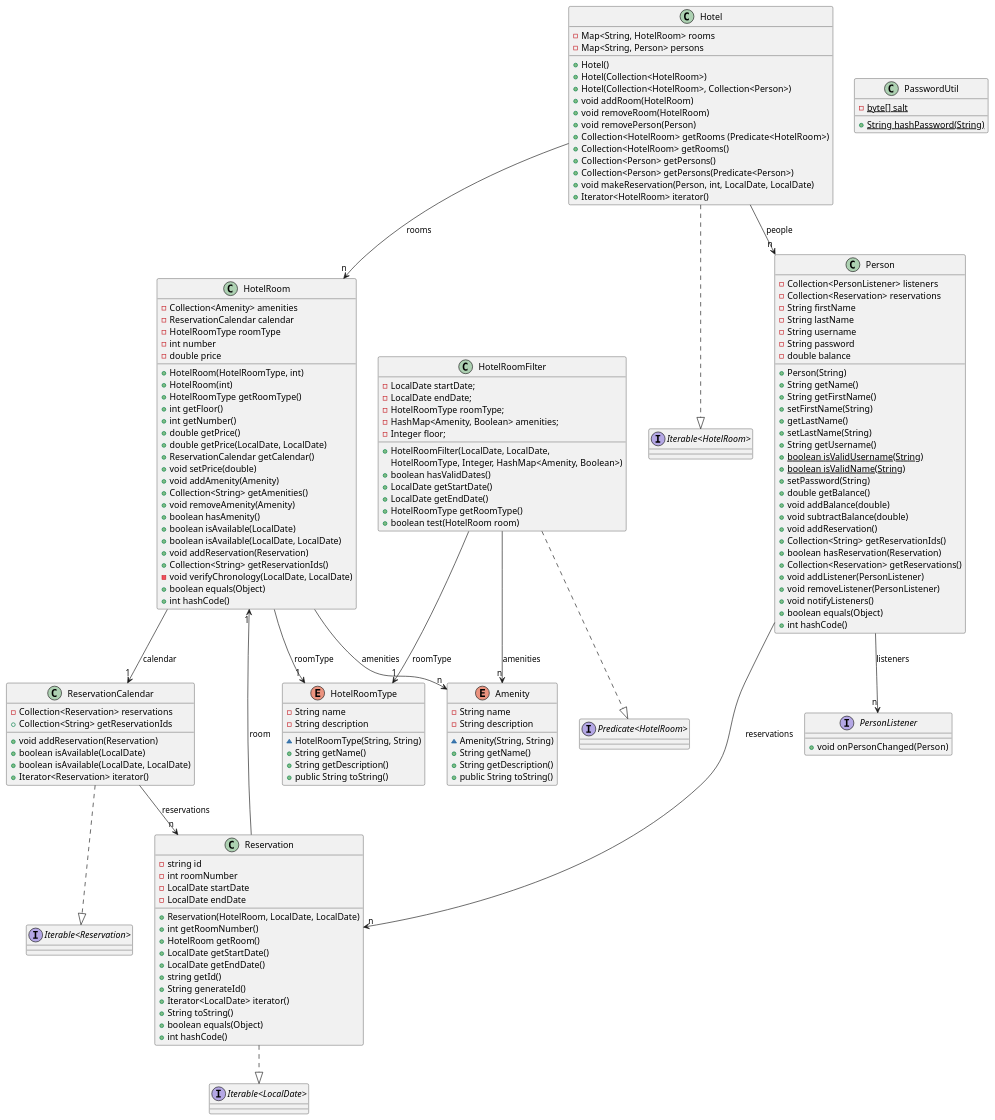
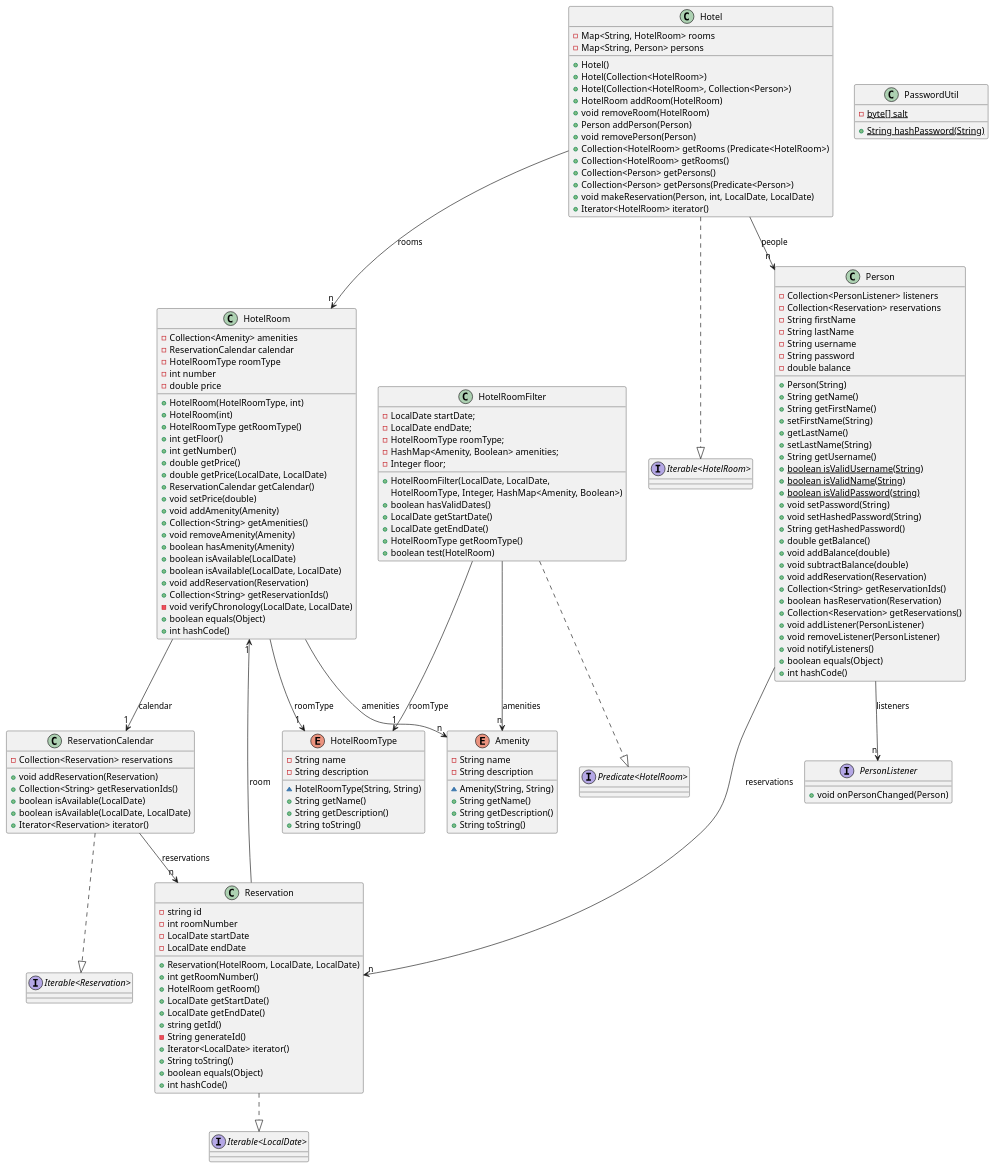
Before and after one commit to erlendps/IT1901---HotelSys: the diagram in docs/modules/core.md, drawn with PlantUML.

Commit message:
#143 update class diagram for core

```diff
--- a/docs/modules/core.md
+++ b/docs/modules/core.md
@@ -9,8 +9,9 @@
     + Hotel()
     + Hotel(Collection<HotelRoom>)
     + Hotel(Collection<HotelRoom>, Collection<Person>)
-    + void addRoom(HotelRoom)
+    + HotelRoom addRoom(HotelRoom)
     + void removeRoom(HotelRoom)
+    + Person addPerson(Person) 
     + void removePerson(Person)
     + Collection<HotelRoom> getRooms  (Predicate<HotelRoom>)
     + Collection<HotelRoom> getRooms()
@@ -39,7 +40,7 @@
     + void addAmenity(Amenity)
     + Collection<String> getAmenities()
     + void removeAmenity(Amenity)
-    + boolean hasAmenity()
+    + boolean hasAmenity(Amenity)
     + boolean isAvailable(LocalDate)
     + boolean isAvailable(LocalDate, LocalDate)
     + void addReservation(Reservation)
@@ -62,7 +63,7 @@
     + LocalDate getStartDate()
     + LocalDate getEndDate()
     + HotelRoomType getRoomType()
-    + boolean test(HotelRoom room) 
+    + boolean test(HotelRoom) 
 }
 
 class PasswordUtil{
@@ -73,8 +74,9 @@
 
 class ReservationCalendar {
     - Collection<Reservation> reservations
+
     + void addReservation(Reservation)
-    + Collection<String> getReservationIds
+    + Collection<String> getReservationIds()
     + boolean isAvailable(LocalDate)
     + boolean isAvailable(LocalDate, LocalDate)
     + Iterator<Reservation> iterator()
@@ -92,7 +94,7 @@
     + LocalDate getStartDate()
     + LocalDate getEndDate()
     + string getId()
-    + String generateId()
+    - String generateId()
     + Iterator<LocalDate> iterator()
     + String toString()
     + boolean equals(Object)
@@ -117,11 +119,14 @@
     + String getUsername()
     + {static} boolean isValidUsername(String)
     + {static} boolean isValidName(String)
-    + setPassword(String)
+    + {static} boolean isValidPassword(string)
+    + void setPassword(String)
+    + void setHashedPassword(String)
+    + String getHashedPassword()
     + double getBalance()
     + void addBalance(double)
     + void subtractBalance(double)
-    + void addReservation()
+    + void addReservation(Reservation)
     + Collection<String> getReservationIds()
     + boolean hasReservation(Reservation)
     + Collection<Reservation> getReservations()
@@ -130,8 +135,6 @@
     + void notifyListeners()
     + boolean equals(Object)
     + int hashCode()
-
-
 }
 
 interface PersonListener {
@@ -152,10 +155,11 @@
 enum HotelRoomType {
     - String name
     - String description
+
     ~ HotelRoomType(String, String)
     + String getName()
     + String getDescription()
-    + public String toString() 
+    + String toString() 
 }
 
 enum Amenity {
@@ -165,7 +169,7 @@
     ~ Amenity(String, String)
     + String getName()
     + String getDescription()
-    + public String toString()
+    + String toString()
 }
 ' defining the relations
 Hotel --> "n" HotelRoom : rooms
```
